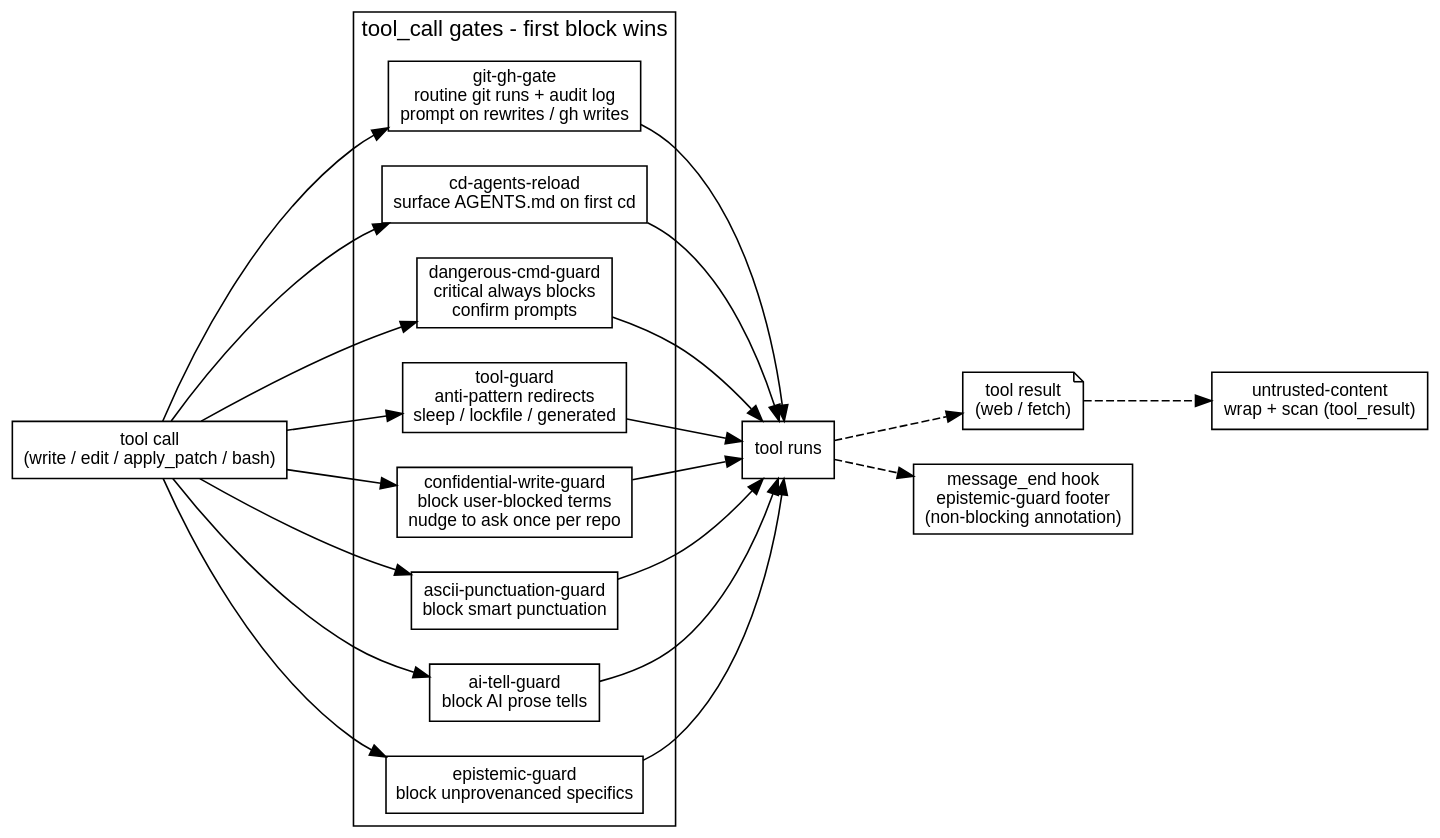
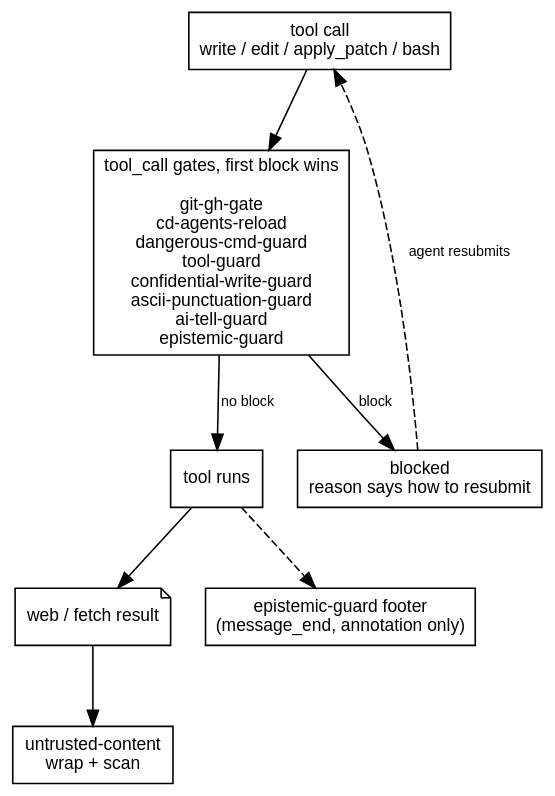
One commit to erfianugrah/lexicanum changed the first of 2 diagrams in src/content/docs/reference/agent-guard-extensions.mdx. Above: the diagram before and after it, drawn with Graphviz. The commit also changed other lines of this file and 14 other files, not shown here.

First line of the commit message:
docs(harnesses): presentation, diagram and prose pass over the pi harness series (lexicanum#57)

````diff
--- a/src/content/docs/reference/agent-guard-extensions.mdx
+++ b/src/content/docs/reference/agent-guard-extensions.mdx
@@ -74,32 +43,23 @@
 ```dot
 digraph {
-  rankdir=LR; bgcolor="transparent"; nodesep=0.3; ranksep=0.7;
+  rankdir=TB; bgcolor="transparent"; nodesep=0.3; ranksep=0.7;
   fontname="Helvetica,Arial,sans-serif";
   node [fontname="Helvetica,Arial,sans-serif", fontsize=11, shape=box];
   edge [fontname="Helvetica,Arial,sans-serif", fontsize=9];
 
-  call [label="tool call\n(write / edit / apply_patch / bash)"];
-  subgraph cluster_guards {
-    label="tool_call gates - first block wins";
-    gitgh [label="git-gh-gate\nroutine git runs + audit log\nprompt on rewrites / gh writes"];
-    cdreload [label="cd-agents-reload\nsurface AGENTS.md on first cd"];
-    dangerous [label="dangerous-cmd-guard\ncritical always blocks\nconfirm prompts"];
-    toolguard [label="tool-guard\nanti-pattern redirects\nsleep / lockfile / generated"];
-    confidential [label="confidential-write-guard\nblock user-blocked terms\nnudge to ask once per repo"];
-    ascii [label="ascii-punctuation-guard\nblock smart punctuation"];
-    aitell [label="ai-tell-guard\nblock AI prose tells"];
-    epistemic [label="epistemic-guard\nblock unprovenanced specifics"];
-  }
+  call [label="tool call\nwrite / edit / apply_patch / bash"];
+  gates [label="tool_call gates, first block wins\n\ngit-gh-gate\ncd-agents-reload\ndangerous-cmd-guard\ntool-guard\nconfidential-write-guard\nascii-punctuation-guard\nai-tell-guard\nepistemic-guard"];
+  blocked [label="blocked\nreason says how to resubmit"];
   run [label="tool runs"];
-  res [label="tool result\n(web / fetch)", shape=note];
-  untrusted [label="untrusted-content\nwrap + scan (tool_result)"];
-  msg [label="message_end hook\nepistemic-guard footer\n(non-blocking annotation)"];
+  res [label="web / fetch result", shape=note];
+  untrusted [label="untrusted-content\nwrap + scan"];
+  msg [label="epistemic-guard footer\n(message_end, annotation only)"];
 
-  call -> gitgh; call -> cdreload; call -> dangerous; call -> toolguard;
-  call -> confidential; call -> ascii; call -> aitell; call -> epistemic;
-  gitgh -> run; cdreload -> run; dangerous -> run; toolguard -> run;
-  confidential -> run; ascii -> run; aitell -> run; epistemic -> run;
-  run -> res -> untrusted [style=dashed];
+  call -> gates;
+  gates -> blocked [label="block"];
+  blocked -> call [label="agent resubmits", style=dashed];
+  gates -> run [label="no block"];
+  run -> res -> untrusted;
   run -> msg [style=dashed];
 }
 ```
````
